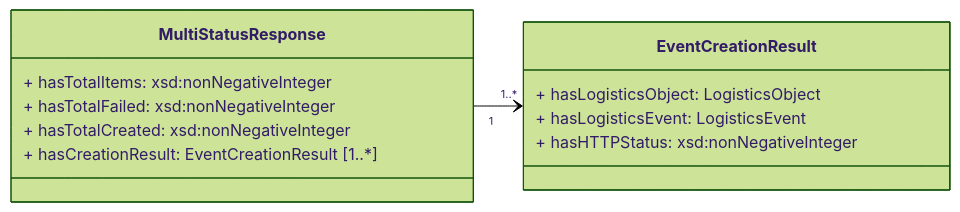
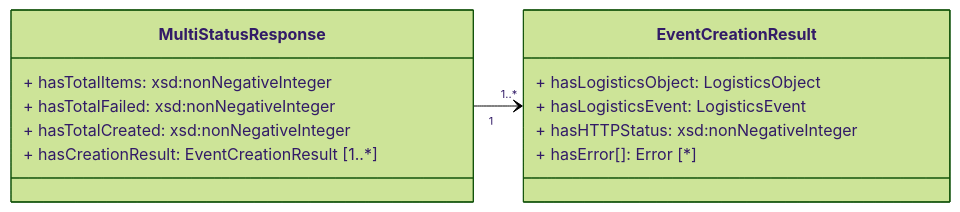
One commit to IATA-Cargo/ONE-Record changed the second of 3 diagrams in Documentation_website/docs/API-Security/logistics-events.md. Above: the diagram before and after it, drawn with Mermaid (forest theme). The commit also changed other lines of this file and 7 other files, not shown here.

````diff
--- a/Documentation_website/docs/API-Security/logistics-events.md
+++ b/Documentation_website/docs/API-Security/logistics-events.md
@@ -237,20 +237,21 @@
 ```mermaid
     classDiagram
 
     direction LR    
     
     class MultiStatusResponse{
         + hasTotalItems: xsd:nonNegativeInteger  
         + hasTotalFailed: xsd:nonNegativeInteger 
         + hasTotalCreated: xsd:nonNegativeInteger 
         + hasCreationResult: EventCreationResult [1..*]
     }
 
     class EventCreationResult{
         + hasLogisticsObject: LogisticsObject
         + hasLogisticsEvent: LogisticsEvent 
         + hasHTTPStatus: xsd:nonNegativeInteger
+        + hasError[]: Error [*]
     }
 
     MultiStatusResponse "1" --> "1..*" EventCreationResult
 ```
````
